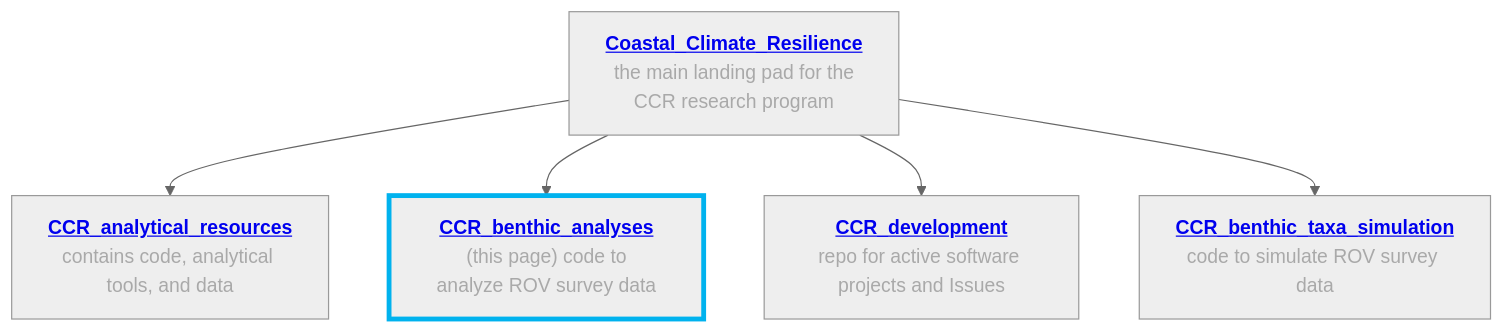
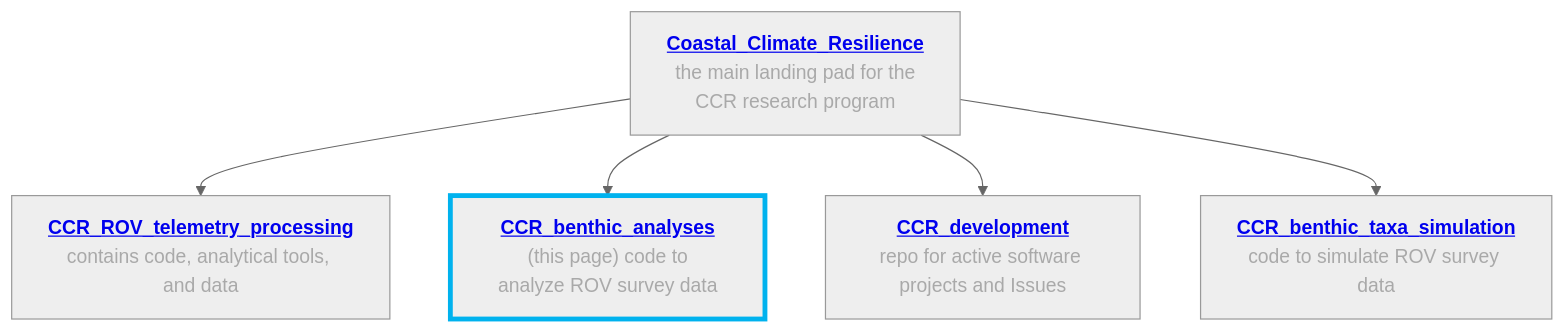
The diagram in README.md (Seattle-Aquarium/CCR_benthic_analyses), drawn with Mermaid (neutral theme) before and after one commit.

Commit message:
small fix to readme

````diff
--- a/README.md
+++ b/README.md
@@ -18,15 +18,15 @@
 ```mermaid
 graph TD
 
 A["<a href='https://github.com/Seattle-Aquarium/Coastal_Climate_Resilience' target='_blank' style='font-size: 16px; font-weight: bold;'>Coastal_Climate_Resilience</a><br><font color='darkgray' style='text-decoration: none;'> the main landing pad for the CCR research program</font>"]
 
-A --> B["<a href='https://github.com/Seattle-Aquarium/CCR_analytical_resources' target='_blank' style='font-size: 16px; font-weight: bold;'>CCR_analytical_resources</a><br><font color='darkgray' style='text-decoration: none;'>contains code, analytical tools, and data</font>"]
+A --> B["<a href='https://github.com/Seattle-Aquarium/CCR_analytical_resources' target='_blank' style='font-size: 16px; font-weight: bold;'>CCR_ROV_telemetry_processing</a><br><font color='darkgray' style='text-decoration: none;'>contains code, analytical tools, and data</font>"]
 
 A --> C["<a href='https://github.com/Seattle-Aquarium/CCR_benthic_analyses' target='_blank' style='font-size: 16px; font-weight: bold;'>CCR_benthic_analyses</a><br><font color='darkgray' style='text-decoration: none;'> (this page) code to analyze ROV survey data</font>"]
 
 A --> D["<a href='https://github.com/Seattle-Aquarium/CCR_development' target='_blank' style='font-size: 16px; font-weight: bold;'>CCR_development</a><br><font color='darkgray' style='text-decoration: none;'>repo for active software projects and Issues</font>"]
 
 A --> E["<a href='https://github.com/Seattle-Aquarium/CCR_benthic_taxa_simulation' target='_blank' style='font-size: 16px; font-weight: bold;'>CCR_benthic_taxa_simulation</a><br><font color='darkgray' style='text-decoration: none;'>code to simulate ROV survey data</font>"]
 
 style C stroke:#00B2EE,stroke-width:4px
 ```
````
